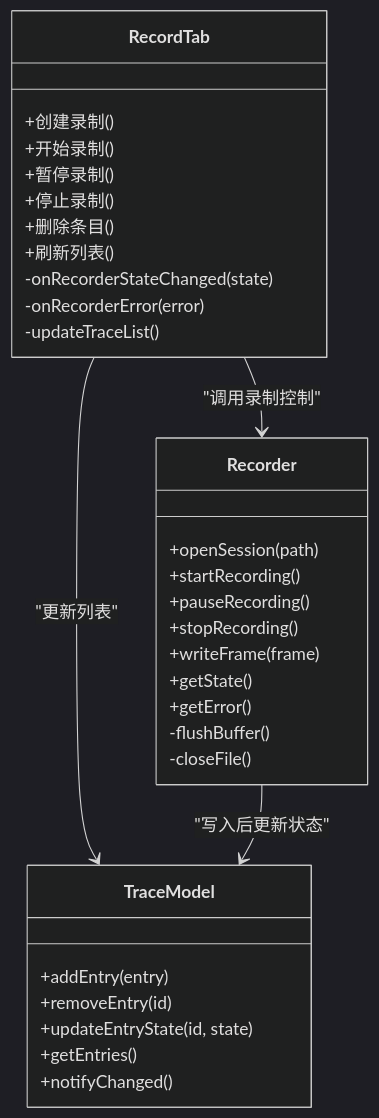
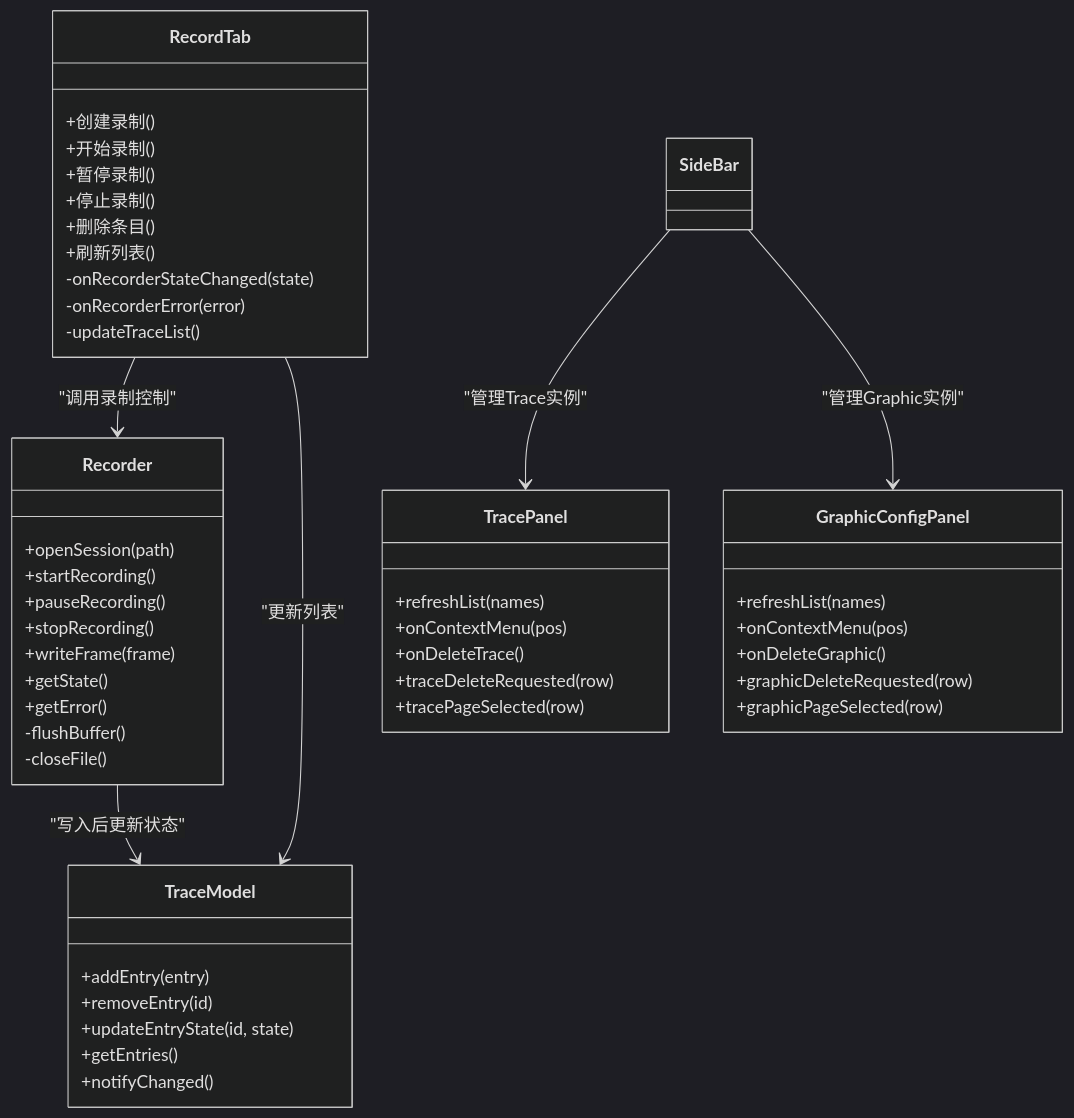
The second of 8 diagrams in .qoder/repowiki/zh/content/架构设计/UI系统设计/录制管理Tab组件/录制管理Tab组件.md (jakecai1225-design/OpenBus), drawn with Mermaid (dark theme) before and after one commit. The commit also changed other lines of this file and 71 other files, not shown here.

Commit message:
graphic trace

````diff
--- a/.qoder/repowiki/zh/content/架构设计/UI系统设计/录制管理Tab组件/录制管理Tab组件.md
+++ b/.qoder/repowiki/zh/content/架构设计/UI系统设计/录制管理Tab组件/录制管理Tab组件.md
@@ -100,35 +128,51 @@
 ```mermaid
 classDiagram
 class RecordTab {
 +创建录制()
 +开始录制()
 +暂停录制()
 +停止录制()
 +删除条目()
 +刷新列表()
 -onRecorderStateChanged(state)
 -onRecorderError(error)
 -updateTraceList()
 }
 class Recorder {
 +openSession(path)
 +startRecording()
 +pauseRecording()
 +stopRecording()
 +writeFrame(frame)
 +getState()
 +getError()
 -flushBuffer()
 -closeFile()
 }
 class TraceModel {
 +addEntry(entry)
 +removeEntry(id)
 +updateEntryState(id, state)
 +getEntries()
 +notifyChanged()
 }
+class TracePanel {
++refreshList(names)
++onContextMenu(pos)
++onDeleteTrace()
++traceDeleteRequested(row)
++tracePageSelected(row)
+}
+class GraphicConfigPanel {
++refreshList(names)
++onContextMenu(pos)
++onDeleteGraphic()
++graphicDeleteRequested(row)
++graphicPageSelected(row)
+}
 RecordTab --> Recorder : "调用录制控制"
 RecordTab --> TraceModel : "更新列表"
 Recorder --> TraceModel : "写入后更新状态"
+SideBar --> TracePanel : "管理Trace实例"
+SideBar --> GraphicConfigPanel : "管理Graphic实例"
 ```
````
